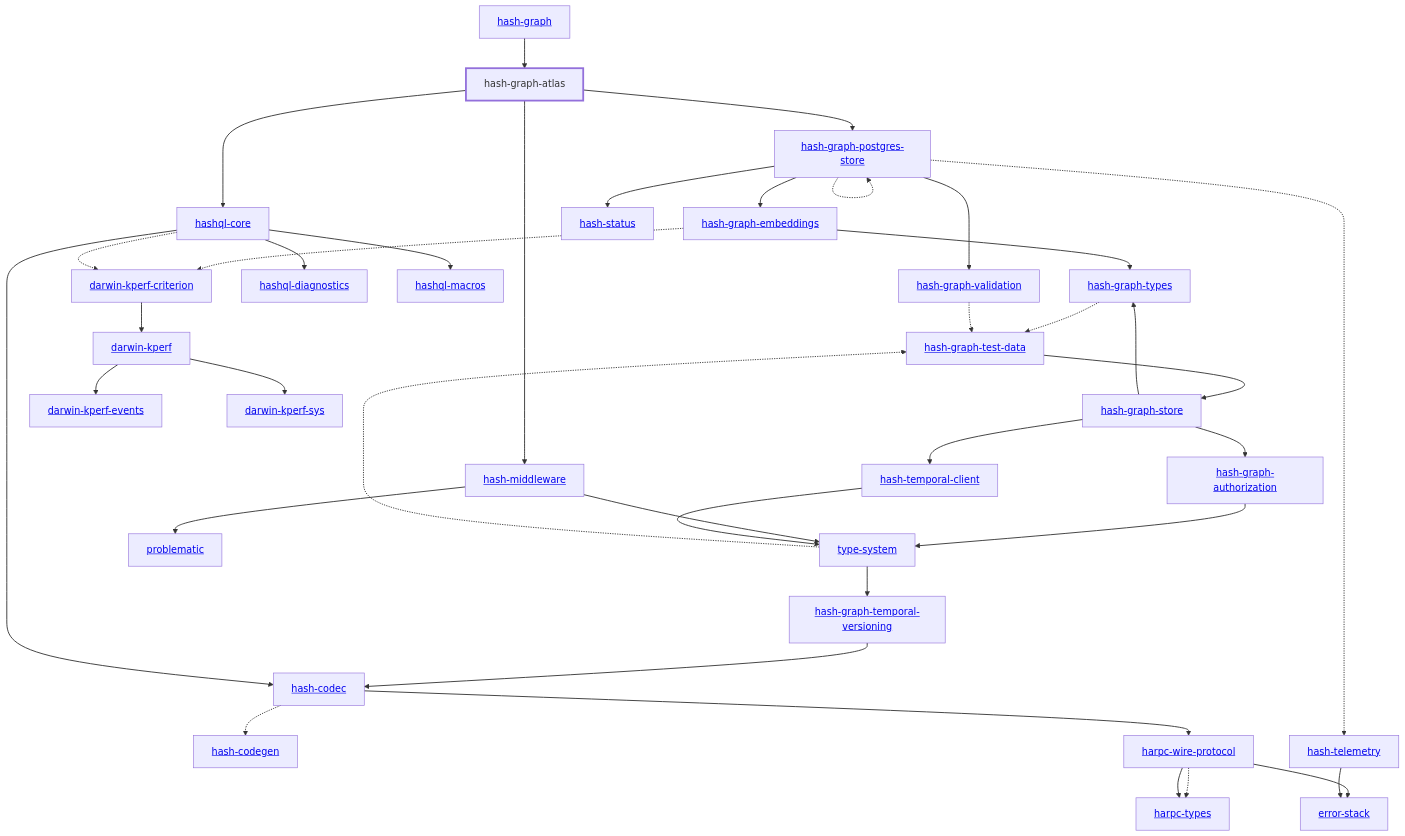
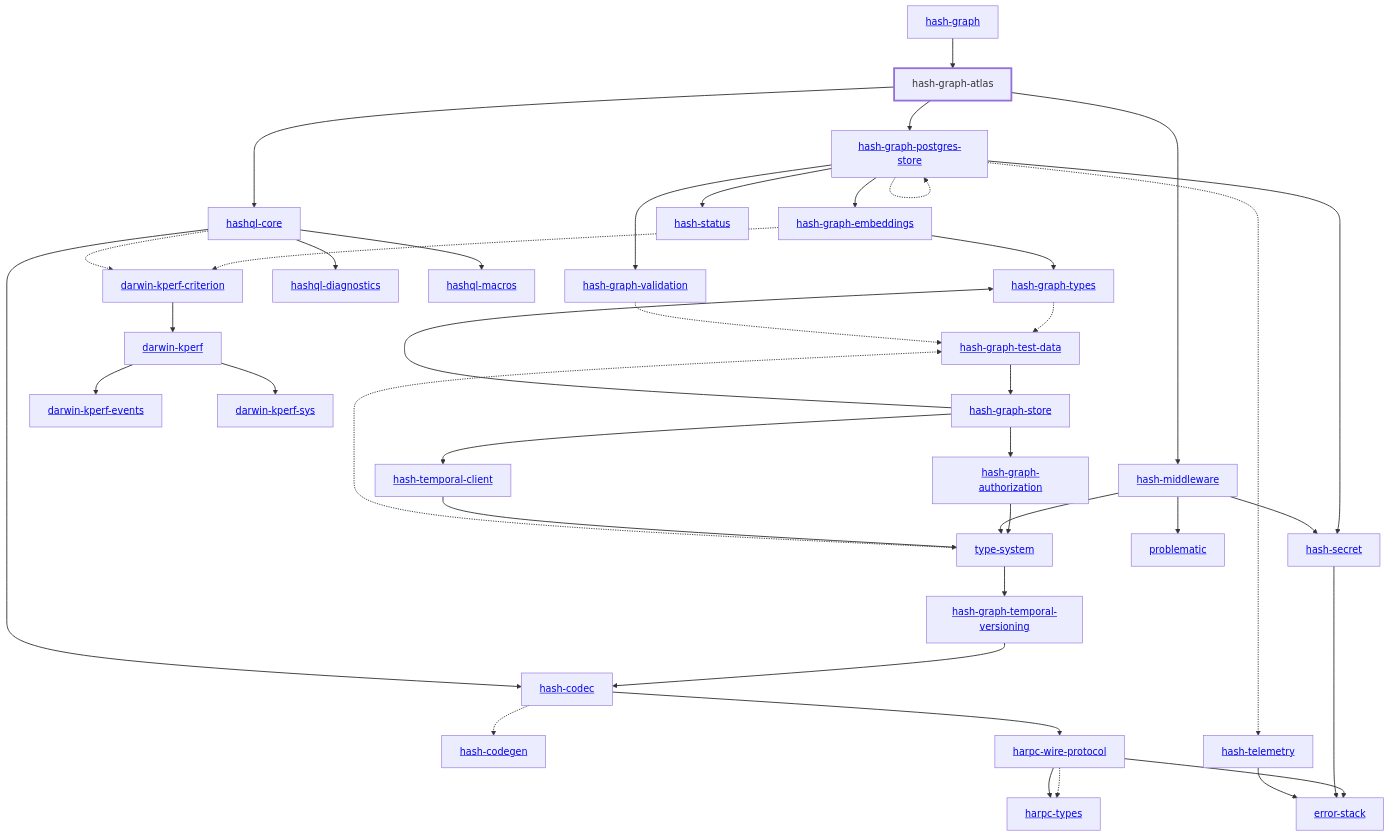
One commit to hashintel/hash changed the diagram in libs/@local/graph/atlas/docs/dependency-diagram.mmd. Above: the diagram before and after it, drawn with Mermaid. The commit also changed 13 other files, not shown here.

Commit message:
Regenerate the dependency diagrams

```diff
--- a/libs/@local/graph/atlas/docs/dependency-diagram.mmd
+++ b/libs/@local/graph/atlas/docs/dependency-diagram.mmd
@@ -1,76 +1,80 @@
 graph TD
     linkStyle default stroke-width:1.5px
     classDef default stroke-width:1px
     classDef root stroke-width:3px
     classDef dev stroke-width:1px
     classDef build stroke-width:1px
     %% Legend
     %% --> : Normal dependency
     %% -.-> : Dev dependency
     %% ---> : Build dependency
     0[<a href="../hash_graph/index.html">hash-graph</a>]
     1[<a href="../type_system/index.html">type-system</a>]
     2[<a href="../hash_codec/index.html">hash-codec</a>]
     3[<a href="../hash_codegen/index.html">hash-codegen</a>]
     4[hash-graph-atlas]
     class 4 root
     5[<a href="../hash_graph_authorization/index.html">hash-graph-authorization</a>]
     6[<a href="../hash_graph_embeddings/index.html">hash-graph-embeddings</a>]
     7[<a href="../hash_graph_postgres_store/index.html">hash-graph-postgres-store</a>]
     8[<a href="../hash_graph_store/index.html">hash-graph-store</a>]
     9[<a href="../hash_graph_temporal_versioning/index.html">hash-graph-temporal-versioning</a>]
     10[<a href="../hash_graph_types/index.html">hash-graph-types</a>]
     11[<a href="../hash_graph_validation/index.html">hash-graph-validation</a>]
     12[<a href="../harpc_types/index.html">harpc-types</a>]
     13[<a href="../harpc_wire_protocol/index.html">harpc-wire-protocol</a>]
     14[<a href="../hashql_core/index.html">hashql-core</a>]
     15[<a href="../hashql_diagnostics/index.html">hashql-diagnostics</a>]
     16[<a href="../hashql_macros/index.html">hashql-macros</a>]
     17[<a href="../hash_middleware/index.html">hash-middleware</a>]
-    18[<a href="../hash_status/index.html">hash-status</a>]
-    19[<a href="../hash_telemetry/index.html">hash-telemetry</a>]
-    20[<a href="../hash_temporal_client/index.html">hash-temporal-client</a>]
-    21[<a href="../darwin_kperf/index.html">darwin-kperf</a>]
-    22[<a href="../darwin_kperf_criterion/index.html">darwin-kperf-criterion</a>]
-    23[<a href="../darwin_kperf_events/index.html">darwin-kperf-events</a>]
-    24[<a href="../darwin_kperf_sys/index.html">darwin-kperf-sys</a>]
-    25[<a href="../error_stack/index.html">error-stack</a>]
-    26[<a href="../problematic/index.html">problematic</a>]
-    27[<a href="../hash_graph_test_data/index.html">hash-graph-test-data</a>]
+    18[<a href="../hash_secret/index.html">hash-secret</a>]
+    19[<a href="../hash_status/index.html">hash-status</a>]
+    20[<a href="../hash_telemetry/index.html">hash-telemetry</a>]
+    21[<a href="../hash_temporal_client/index.html">hash-temporal-client</a>]
+    22[<a href="../darwin_kperf/index.html">darwin-kperf</a>]
+    23[<a href="../darwin_kperf_criterion/index.html">darwin-kperf-criterion</a>]
+    24[<a href="../darwin_kperf_events/index.html">darwin-kperf-events</a>]
+    25[<a href="../darwin_kperf_sys/index.html">darwin-kperf-sys</a>]
+    26[<a href="../error_stack/index.html">error-stack</a>]
+    27[<a href="../problematic/index.html">problematic</a>]
+    28[<a href="../hash_graph_test_data/index.html">hash-graph-test-data</a>]
     0 --> 4
     1 --> 9
-    1 -.-> 27
+    1 -.-> 28
     2 -.-> 3
     2 --> 13
     4 --> 7
     4 --> 14
     4 --> 17
     5 --> 1
     6 --> 10
-    6 -.-> 22
+    6 -.-> 23
     7 --> 6
     7 -.-> 7
     7 --> 11
     7 --> 18
-    7 -.-> 19
+    7 --> 19
+    7 -.-> 20
     8 --> 5
     8 --> 10
-    8 --> 20
+    8 --> 21
     9 --> 2
-    10 -.-> 27
-    11 -.-> 27
+    10 -.-> 28
+    11 -.-> 28
     13 -.-> 12
     13 --> 12
-    13 --> 25
+    13 --> 26
     14 --> 2
     14 --> 15
     14 --> 16
-    14 -.-> 22
+    14 -.-> 23
     17 --> 1
-    17 --> 26
-    19 --> 25
-    20 --> 1
-    21 --> 23
-    21 --> 24
-    22 --> 21
-    27 --> 8
+    17 --> 18
+    17 --> 27
+    18 --> 26
+    20 --> 26
+    21 --> 1
+    22 --> 24
+    22 --> 25
+    23 --> 22
+    28 --> 8
```
